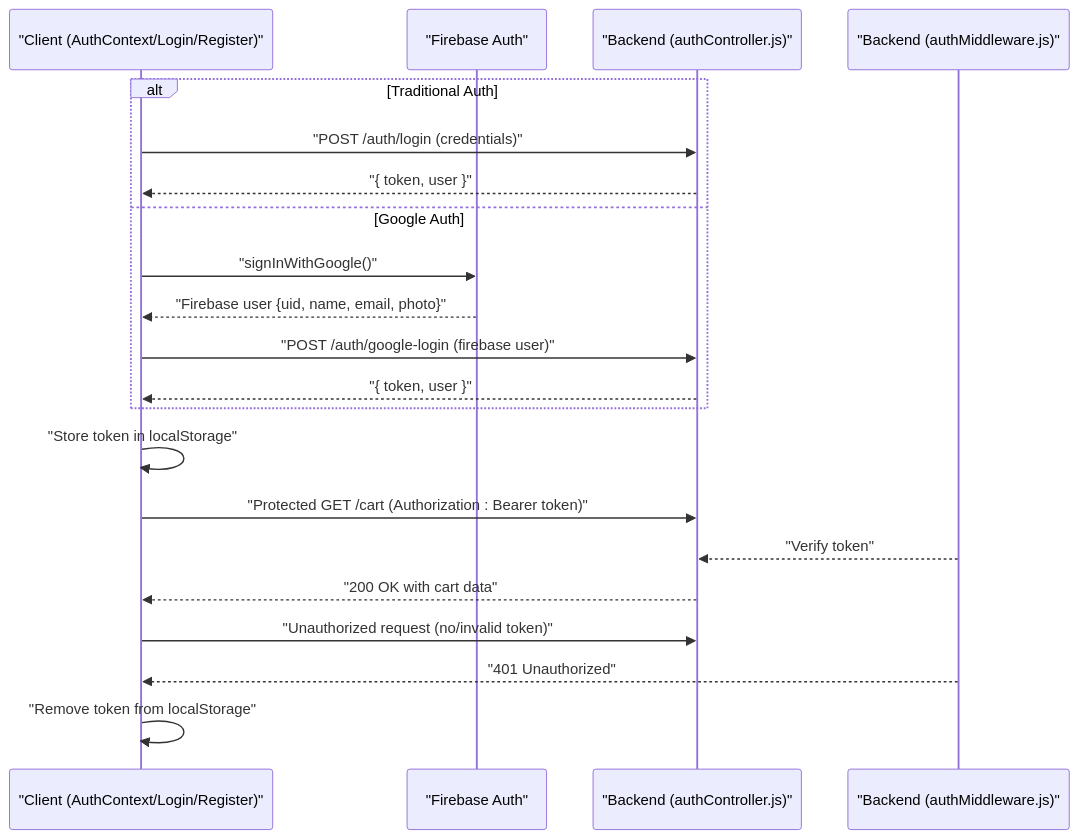
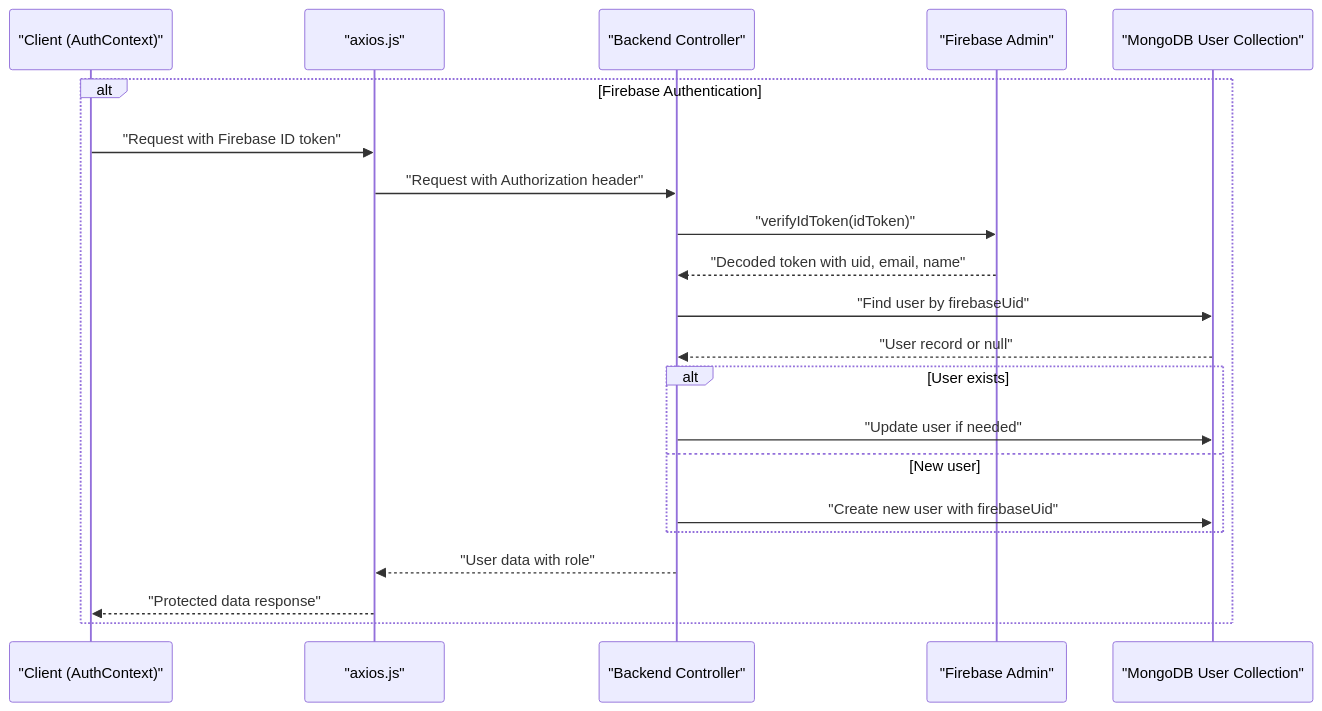
The eighth of 9 diagrams in .qoder/repowiki/en/content/Authentication & Authorization/Frontend Authentication State Management.md (Pavan-PSPK9032/TrendsandToss), drawn with Mermaid before and after one commit. The commit also changed other lines of this file and 9 other files, not shown here.

Commit message:
Fix logout functionality, admin access, and add remove from cart option

````diff
--- a/.qoder/repowiki/en/content/Authentication & Authorization/Frontend Authentication State Management.md
+++ b/.qoder/repowiki/en/content/Authentication & Authorization/Frontend Authentication State Management.md
@@ -404,23 +332,23 @@
 ```mermaid
 sequenceDiagram
-participant C as "Client (AuthContext/Login/Register)"
-participant F as "Firebase Auth"
-participant B as "Backend (authController.js)"
-participant MW as "Backend (authMiddleware.js)"
-alt Traditional Auth
-C->>B : "POST /auth/login (credentials)"
-B-->>C : "{ token, user }"
-else Google Auth
-C->>F : "signInWithGoogle()"
-F-->>C : "Firebase user {uid, name, email, photo}"
-C->>B : "POST /auth/google-login (firebase user)"
-B-->>C : "{ token, user }"
+participant C as "Client (AuthContext)"
+participant AX as "axios.js"
+participant BC as "Backend Controller"
+participant FA as "Firebase Admin"
+participant DB as "MongoDB User Collection"
+alt Firebase Authentication
+C->>AX : "Request with Firebase ID token"
+AX->>BC : "Request with Authorization header"
+BC->>FA : "verifyIdToken(idToken)"
+FA-->>BC : "Decoded token with uid, email, name"
+BC->>DB : "Find user by firebaseUid"
+DB-->>BC : "User record or null"
+alt User exists
+BC->>DB : "Update user if needed"
+else New user
+BC->>DB : "Create new user with firebaseUid"
 end
-C->>C : "Store token in localStorage"
-C->>B : "Protected GET /cart (Authorization : Bearer token)"
-MW-->>B : "Verify token"
-B-->>C : "200 OK with cart data"
-C->>B : "Unauthorized request (no/invalid token)"
-MW-->>C : "401 Unauthorized"
-C->>C : "Remove token from localStorage"
+BC-->>AX : "User data with role"
+AX-->>C : "Protected data response"
+end
 ```
````
